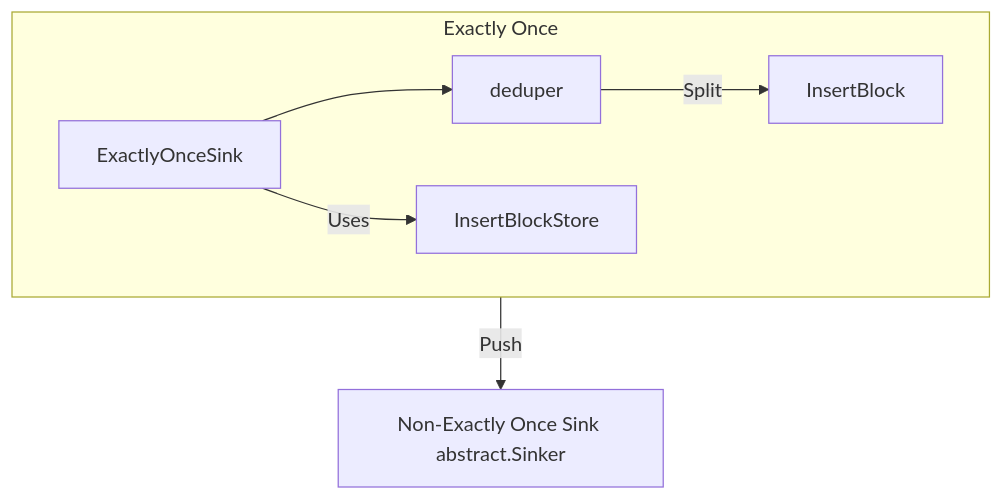
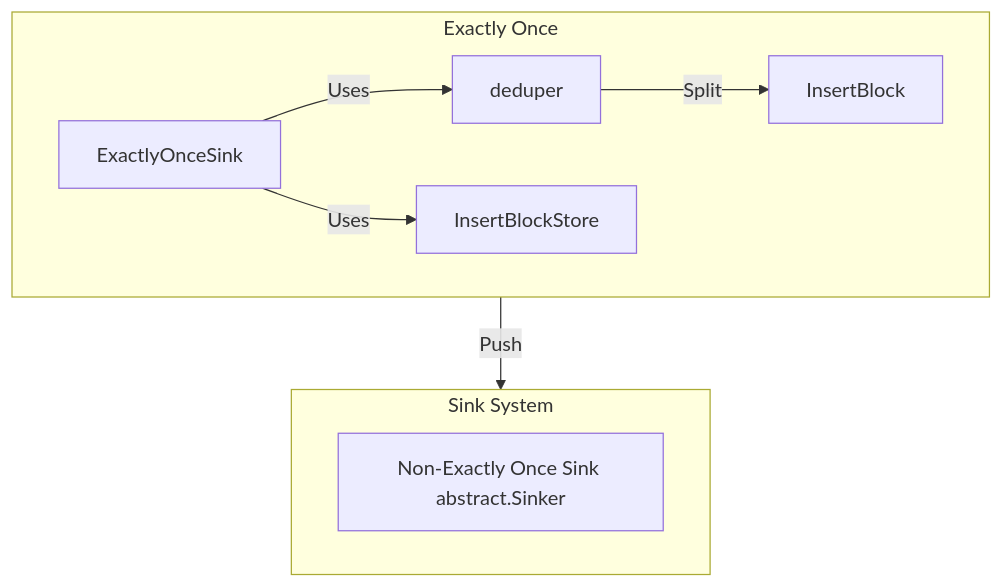
The third of 5 diagrams in pkg/providers/clickhouse/README.md (doublecloud/transfer), drawn with Mermaid before and after one commit. The commit also changed other lines of this file, not shown here.

````diff
--- a/pkg/providers/clickhouse/README.md
+++ b/pkg/providers/clickhouse/README.md
@@ -120,21 +97,16 @@
 ```mermaid
 graph TD
     subgraph "Exactly Once"
         direction LR
-        A --> D[deduper]
-        A[ExactlyOnceSink] -->|Uses| C[InsertBlockStore]
-        D[deduper] -->|Split| F[InsertBlock]
+        A[ExactlyOnceSink] -->|Uses| D[deduper]
+        A -->|Uses| C[InsertBlockStore]
+        D -->|Split| F[InsertBlock]
     end
 
+    subgraph "Sink System"
+        direction LR
+        G[Non-Exactly Once Sink abstract.Sinker]
+    end
 
-    D[deduper] -->|Push| G[Non-Exactly Once Sink abstract.Sinker]
-
-    %% Labels
-    A[ExactlyOnceSink]
-    C[InsertBlockStore]
-    D[deduper]
-    F[InsertBlock]
-
-    %% Style
-    classDef highlighted fill:#f9f,stroke:#333,stroke-width:2px;
+    D -->|Push| G
 ```
````
